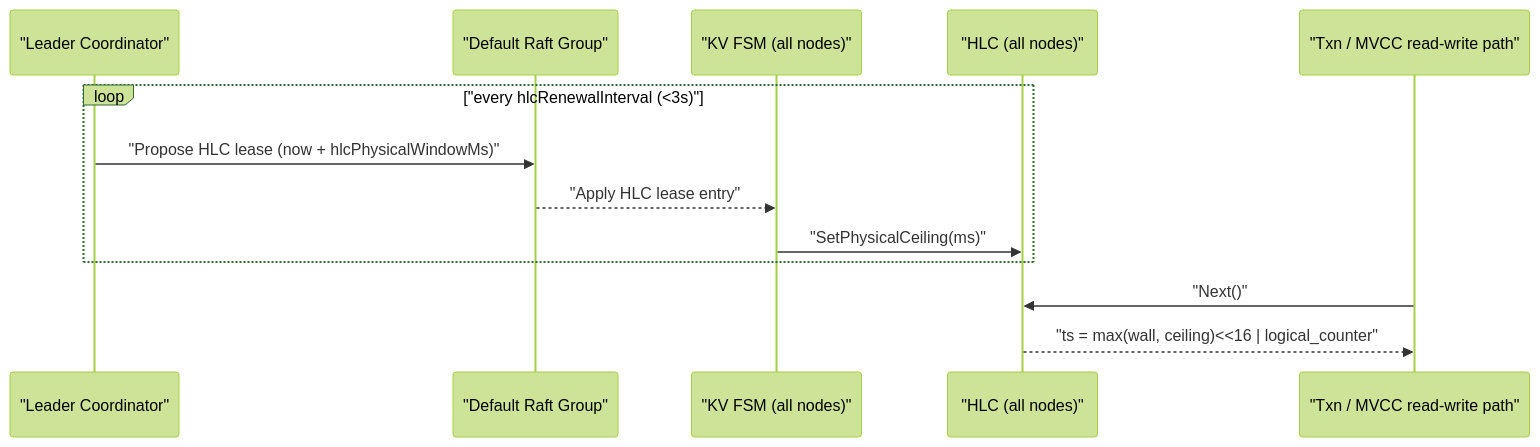
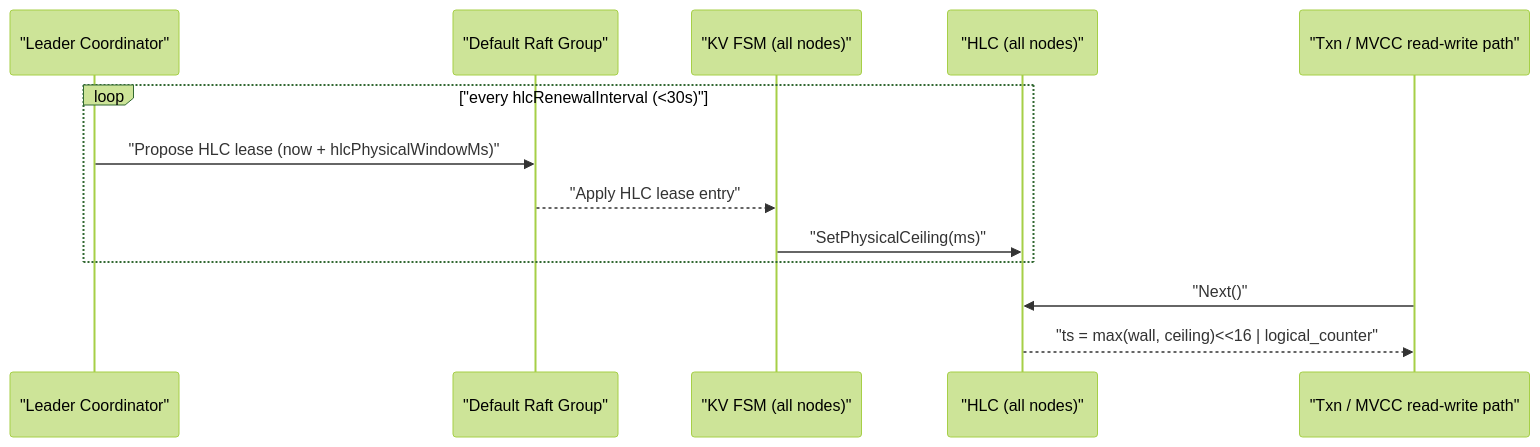
The fourth of 4 diagrams in docs/architecture_overview.md (bootjp/elastickv), drawn with Mermaid (forest theme) before and after one commit. The commit also changed 20 other files, not shown here.

````diff
--- a/docs/architecture_overview.md
+++ b/docs/architecture_overview.md
@@ -165,17 +165,17 @@
 ```mermaid
 sequenceDiagram
   participant L as "Leader Coordinator"
   participant RG as "Default Raft Group"
   participant F as "KV FSM (all nodes)"
   participant H as "HLC (all nodes)"
   participant Tx as "Txn / MVCC read-write path"
 
-  loop "every hlcRenewalInterval (<3s)"
+  loop "every hlcRenewalInterval (<30s)"
     L->>RG: "Propose HLC lease (now + hlcPhysicalWindowMs)"
     RG-->>F: "Apply HLC lease entry"
     F->>H: "SetPhysicalCeiling(ms)"
   end
 
   Tx->>H: "Next()"
   H-->>Tx: "ts = max(wall, ceiling)<<16 | logical_counter"
 ```
````
